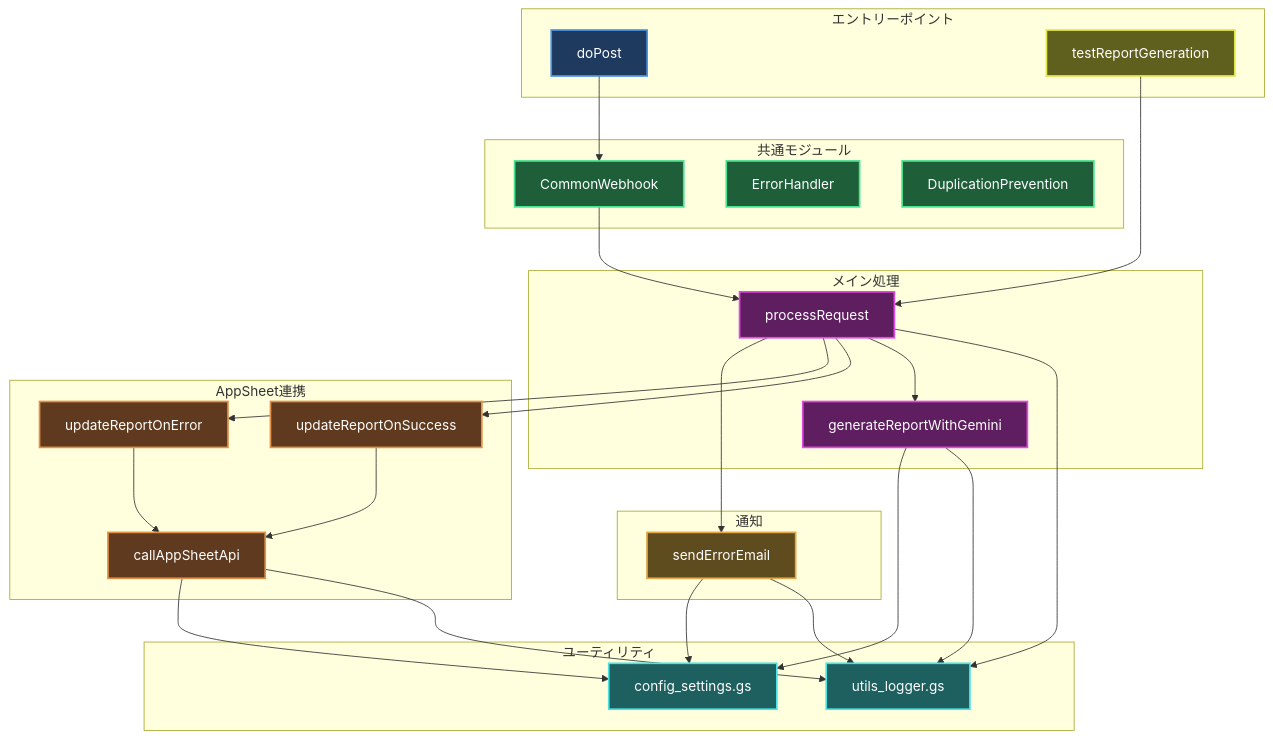
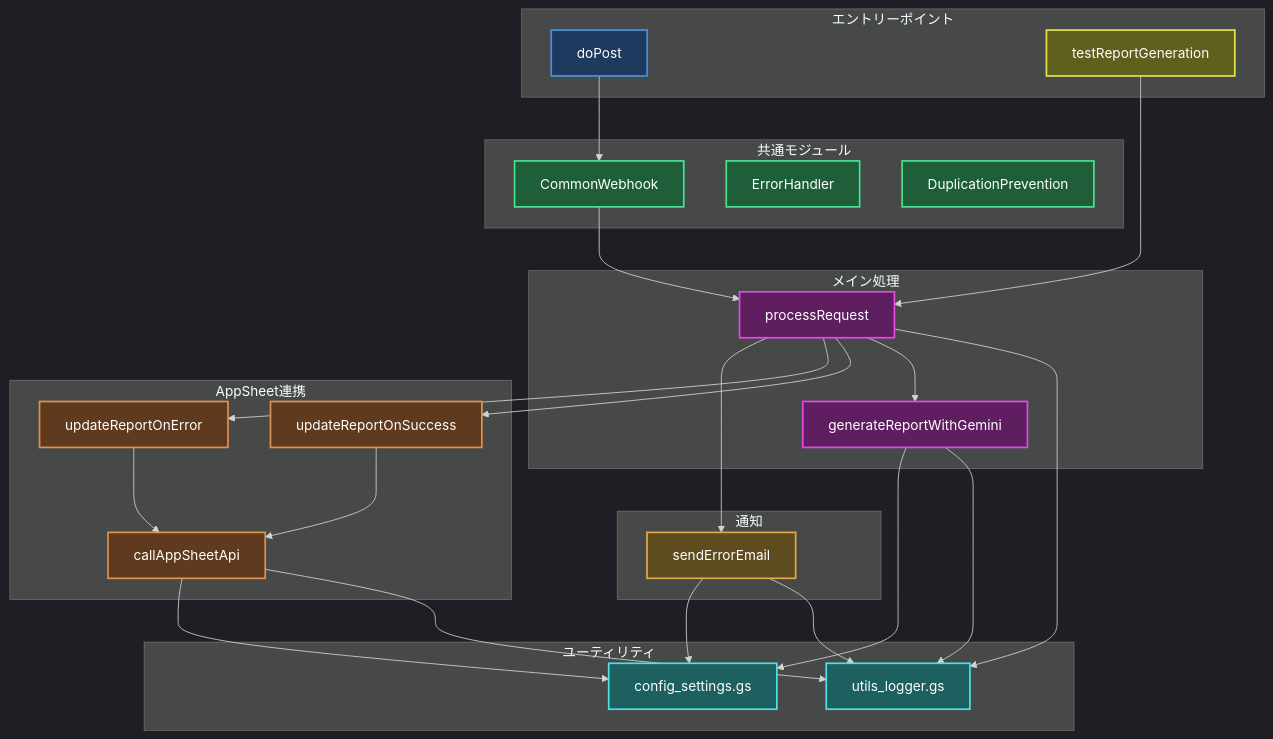
One commit to tasai-lab/appsheet-gas-automation changed the fifth of 5 diagrams in gas_projects/Appsheet_訪問看護_報告書/FLOW.md. Above: the diagram before and after it, drawn with Mermaid. The commit also changed other lines of this file, not shown here.

First line of the commit message:
fix: FLOW.mdの全図にダークモードテーマを明示的に設定

````diff
--- a/gas_projects/Appsheet_訪問看護_報告書/FLOW.md
+++ b/gas_projects/Appsheet_訪問看護_報告書/FLOW.md
@@ -124,63 +128,64 @@
 ```mermaid
+%%{init: {'theme':'dark'}}%%
 graph TB
     subgraph "エントリーポイント"
         doPost[doPost]:::webhook
         testFunc[testReportGeneration]:::test
     end
 
     subgraph "共通モジュール"
         CommonWebhook[CommonWebhook]:::common
         ErrorHandler[ErrorHandler]:::common
         DuplicationPrevention[DuplicationPrevention]:::common
     end
 
     subgraph "メイン処理"
         processRequest[processRequest]:::main
         generateReport[generateReportWithGemini]:::main
     end
 
     subgraph "AppSheet連携"
         updateSuccess[updateReportOnSuccess]:::appsheet
         updateError[updateReportOnError]:::appsheet
         callAPI[callAppSheetApi]:::appsheet
     end
 
     subgraph "ユーティリティ"
         logger[utils_logger.gs]:::util
         config[config_settings.gs]:::util
     end
 
     subgraph "通知"
         sendMail[sendErrorEmail]:::mail
     end
 
     doPost --> CommonWebhook
     CommonWebhook --> processRequest
     testFunc --> processRequest
 
     processRequest --> logger
     processRequest --> generateReport
     processRequest --> updateSuccess
     processRequest --> updateError
     processRequest --> sendMail
 
     generateReport --> logger
     generateReport --> config
 
     updateSuccess --> callAPI
     updateError --> callAPI
 
     callAPI --> logger
     callAPI --> config
 
     sendMail --> logger
     sendMail --> config
 
     classDef webhook fill:#1e3a5f,stroke:#4a90e2,stroke-width:2px,color:#fff
     classDef test fill:#5f5f1e,stroke:#e2e24a,stroke-width:2px,color:#fff
     classDef common fill:#1e5f3a,stroke:#4ae290,stroke-width:2px,color:#fff
     classDef main fill:#5f1e5f,stroke:#e24ae2,stroke-width:2px,color:#fff
     classDef appsheet fill:#5f3a1e,stroke:#e2904a,stroke-width:2px,color:#fff
     classDef util fill:#1e5f5f,stroke:#4ae2e2,stroke-width:2px,color:#fff
     classDef mail fill:#5f4c1e,stroke:#e2a84a,stroke-width:2px,color:#fff
 ```
````
